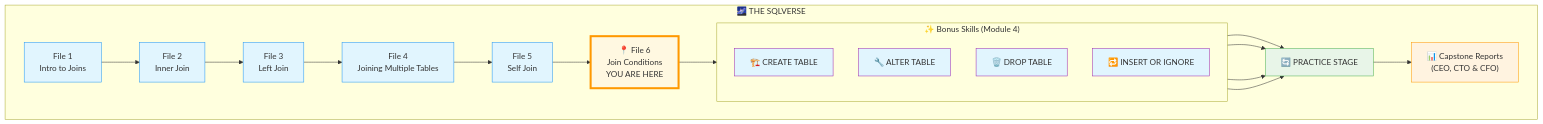
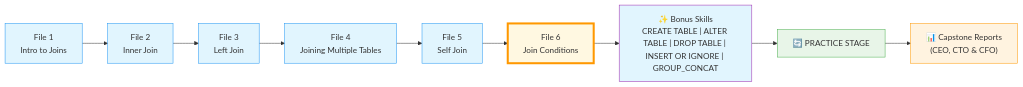
One commit to uniqueumamaheswari-universe/SQLVerse changed the first of 5 diagrams in Level-1-beginner/Module4-JoiningTables/1-sqlCommands/6-JoinConditions.md. Above: the diagram before and after it, drawn with Mermaid. The commit also changed other lines of this file and 1 other file, not shown here.

````diff
--- a/Level-1-beginner/Module4-JoiningTables/1-sqlCommands/6-JoinConditions.md
+++ b/Level-1-beginner/Module4-JoiningTables/1-sqlCommands/6-JoinConditions.md
@@ -34,37 +34,21 @@
 ```mermaid
 flowchart LR
-    subgraph SQLVERSE["🌌 THE SQLVERSE"]
-        direction LR
-        F1["File 1<br/>Intro to Joins"] --> F2
-        F2["File 2<br/>Inner Join"] --> F3
-        F3["File 3<br/>Left Join"] --> F4
-        F4["File 4<br/>Joining Multiple Tables"] --> F5
-        F5["File 5<br/>Self Join"] --> F6
-        F6["📍 File 6<br/>Join Conditions<br/>YOU ARE HERE"]
-        
-        subgraph BONUS["✨ Bonus Skills (Module 4)"]
-            direction TB
-            B1["🏗️ CREATE TABLE"]
-            B2["🔧 ALTER TABLE"]
-            B3["🗑️ DROP TABLE"]
-            B4["🔁 INSERT OR IGNORE"]
-        end
-        
-        F6 --> BONUS
-        B1 & B2 & B3 & B4 --> Practice["🔄 PRACTICE STAGE"]
-        Practice --> Reports["📊 Capstone Reports<br/>(CEO, CTO & CFO)"]
-    end
+    F1["File 1<br/>Intro to Joins"] --> F2
+    F2["File 2<br/>Inner Join"] --> F3
+    F3["File 3<br/>Left Join"] --> F4
+    F4["File 4<br/>Joining Multiple Tables"] --> F5
+    F5["File 5<br/>Self Join"] --> F6
+    F6["File 6<br/>Join Conditions"] --> Bonus
+    Bonus["✨ Bonus Skills<br/>CREATE TABLE | ALTER TABLE | DROP TABLE | INSERT OR IGNORE | GROUP_CONCAT"] --> Practice
+    Practice["🔄 PRACTICE STAGE"] --> Reports["📊 Capstone Reports<br/>(CEO, CTO & CFO)"]
     
     style F1 fill:#e1f5fe,stroke:#2196f3
     style F2 fill:#e1f5fe,stroke:#2196f3
     style F3 fill:#e1f5fe,stroke:#2196f3
     style F4 fill:#e1f5fe,stroke:#2196f3
     style F5 fill:#e1f5fe,stroke:#2196f3
     style F6 fill:#fff8e1,stroke:#ff9800,stroke-width:4px
-    style B1 fill:#e1f5fe,stroke:#9c27b0
-    style B2 fill:#e1f5fe,stroke:#9c27b0
-    style B3 fill:#e1f5fe,stroke:#9c27b0
-    style B4 fill:#e1f5fe,stroke:#9c27b0
+    style Bonus fill:#e1f5fe,stroke:#9c27b0
     style Practice fill:#e8f5e8,stroke:#4caf50
     style Reports fill:#fff3e0,stroke:#ff9800
 ```
````
